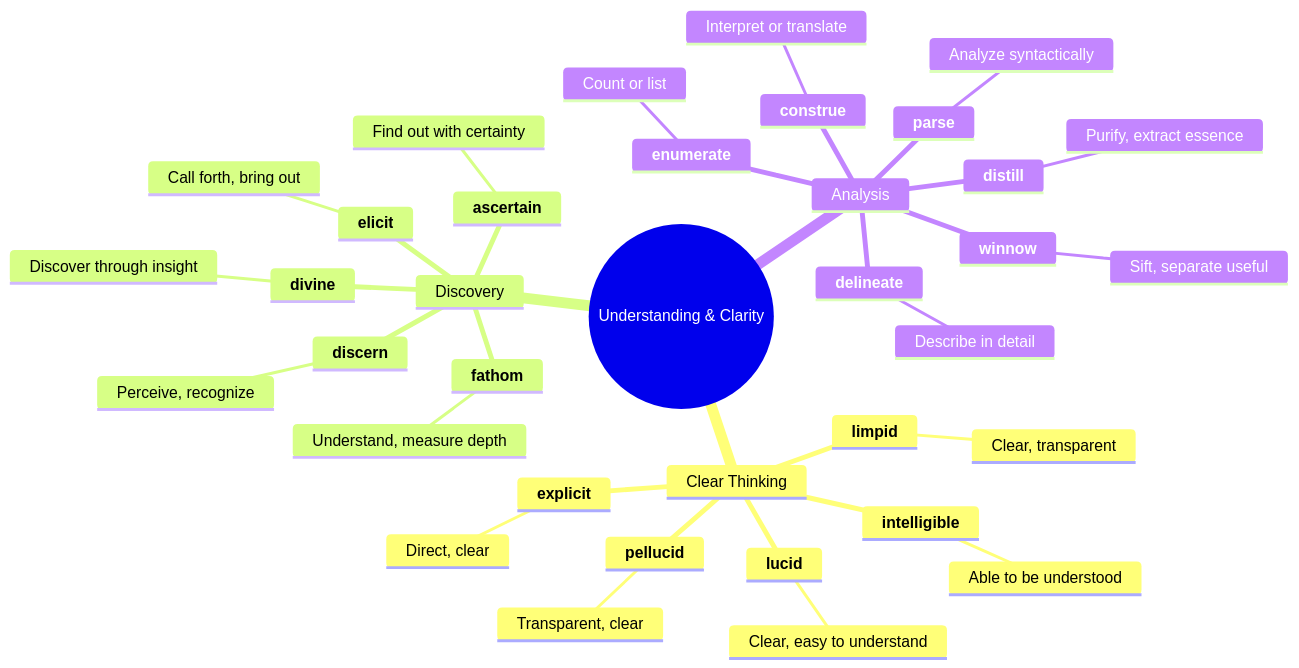
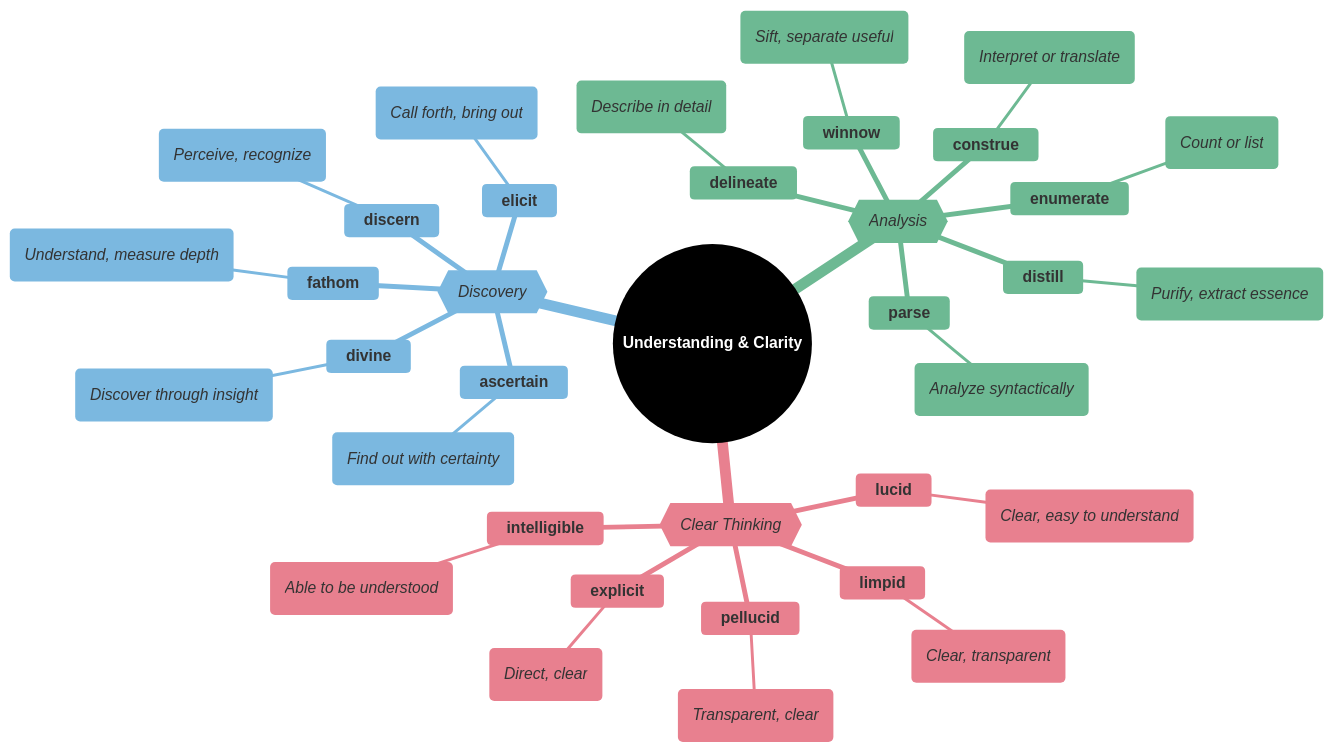
One commit to 95anantsingh/gre-preparation changed the fourth of 7 diagrams in mindmaps/12-knowledge-and-ignorance.md. Above: the diagram before and after it, drawn with Mermaid. The commit also changed other lines of this file and 14 other files, not shown here.

````diff
--- a/mindmaps/12-knowledge-and-ignorance.md
+++ b/mindmaps/12-knowledge-and-ignorance.md
@@ -145,39 +233,58 @@
 ```mermaid
+%%{
+  init: {
+    "theme": "base",
+    "themeVariables": {
+      "primaryColor": "#000000",
+      "cScale1": "#e8808f",  "cScaleInv1": "#a33445",
+      "cScale2": "#7bb8e0",  "cScaleInv2": "#266a93",
+      "cScale3": "#6db993",  "cScaleInv3": "#23543f",
+      "cScale4": "#f5d07a",  "cScaleInv4": "#c4903b",
+      "cScale5": "#b08fcc",  "cScaleInv5": "#5d3b75",
+      "cScale6": "#74dace",  "cScaleInv6": "#217d72",
+      "cScale7": "#f09570",  "cScaleInv7": "#b84112",
+      "cScale8": "#8ea8c2",  "cScaleInv8": "#32465e",
+      "cScale9": "#cc7fba",  "cScaleInv9": "#7d2868",
+      "cScale10": "#c99a78", "cScaleInv10": "#7c4e32",
+      "cScale11": "#a3a3a3", "cScaleInv11": "#3d3d3d"
+    }
+  }
+}%%
 mindmap
-  root((Understanding & Clarity))
-    Clear Thinking
+  root((<font color=white>**Understanding & Clarity**</font>))
+    {{_Clear Thinking_}}
       **lucid**
-        Clear, easy to understand
+        (_Clear, easy to understand_)
       **pellucid**
-        Transparent, clear
+        (_Transparent, clear_)
       **limpid**
-        Clear, transparent
+        (_Clear, transparent_)
       **intelligible**
-        Able to be understood
+        (_Able to be understood_)
       **explicit**
-        Direct, clear
-    Discovery
+        (_Direct, clear_)
+    {{_Discovery_}}
       **ascertain**
-        Find out with certainty
+        (_Find out with certainty_)
       **discern**
-        Perceive, recognize
+        (_Perceive, recognize_)
       **fathom**
-        Understand, measure depth
+        (_Understand, measure depth_)
       **divine**
-        Discover through insight
+        (_Discover through insight_)
       **elicit**
-        Call forth, bring out
-    Analysis
+        (_Call forth, bring out_)
+    {{_Analysis_}}
       **winnow**
-        Sift, separate useful
+        (_Sift, separate useful_)
       **distill**
-        Purify, extract essence
+        (_Purify, extract essence_)
       **construe**
-        Interpret or translate
+        (_Interpret or translate_)
       **parse**
-        Analyze syntactically
+        (_Analyze syntactically_)
       **delineate**
-        Describe in detail
+        (_Describe in detail_)
       **enumerate**
-        Count or list
+        (_Count or list_)
 ```
````
